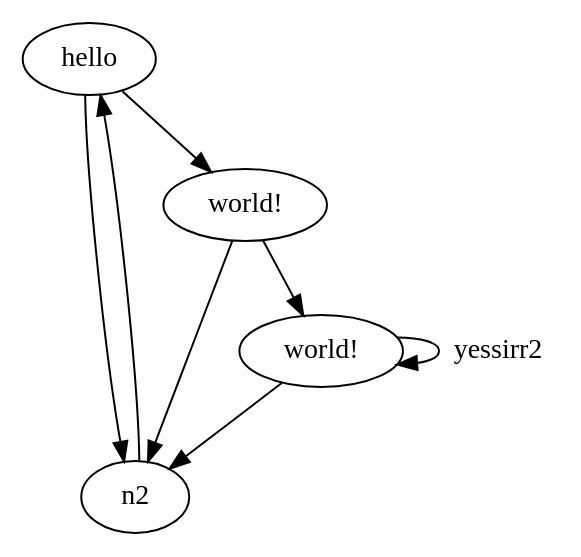
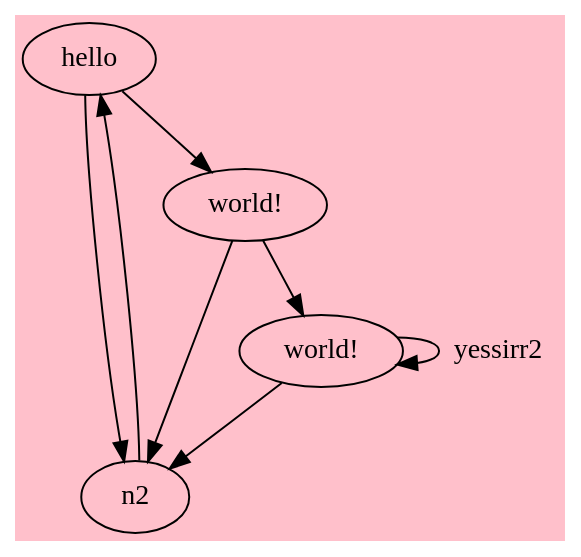
Before and after one commit to itsJohnny21/CSE-464-2024-jsalaz59: the diagram in src/main/resources/idkbruvvv.dot, drawn with Graphviz. The commit also changed 3 other files, not shown here.

```diff
--- a/src/main/resources/idkbruvvv.dot
+++ b/src/main/resources/idkbruvvv.dot
@@ -1,14 +1,16 @@
 digraph {
+	bgcolor="pink";
+
 	n1 [label="hello"];
 	n2 [];
 	n3 [label="world!"];
 	n4 [label="world!"];
 
 	n1 -> n2 [];
 	n1 -> n3 [];
 	n2 -> n1 [];
 	n3 -> n2 [];
 	n3 -> n4 [];
 	n4 -> n2 [];
 	n4 -> n4 [label="yessirr2"];
 }
```
